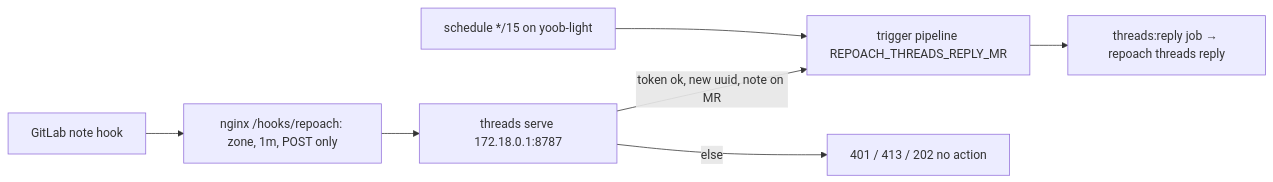
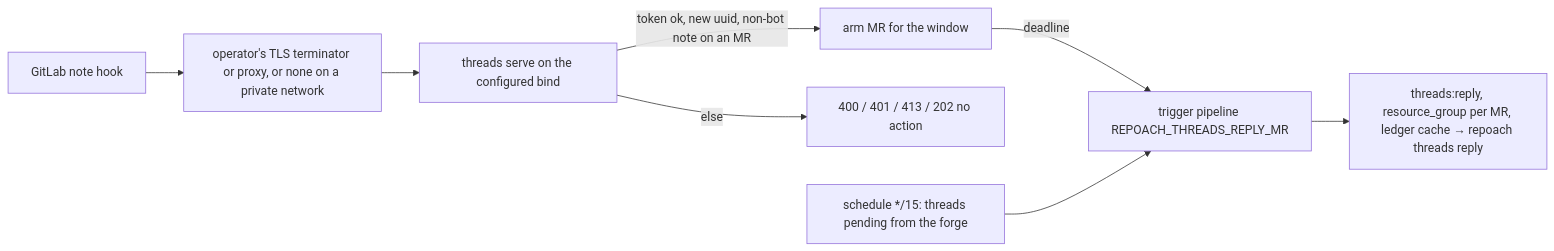
The diagram in docs/specs/2026-11-17_SP-GITLAB-NOTE-RECEIVER_a-gitlab-note-starts-one-thread-reply-pipeline-through-an-authenticated-webhook.md (repoachhq/repoach), drawn with Mermaid before and after one commit. The commit also changed other lines of this file, not shown here.

````diff
--- a/docs/specs/2026-11-17_SP-GITLAB-NOTE-RECEIVER_a-gitlab-note-starts-one-thread-reply-pipeline-through-an-authenticated-webhook.md
+++ b/docs/specs/2026-11-17_SP-GITLAB-NOTE-RECEIVER_a-gitlab-note-starts-one-thread-reply-pipeline-through-an-authenticated-webhook.md
@@ -320,9 +565,10 @@
 ```mermaid
 flowchart LR
-    G[GitLab note hook] --> N[nginx /hooks/repoach: zone, 1m, POST only]
-    N --> S[threads serve 172.18.0.1:8787]
-    S -->|token ok, new uuid, note on MR| T[trigger pipeline REPOACH_THREADS_REPLY_MR]
-    S -->|else| X[401 / 413 / 202 no action]
-    T --> J[threads:reply job → repoach threads reply]
-    C[schedule */15 on yoob-light] --> T
+    G[GitLab note hook] --> N[operator's TLS terminator or proxy, or none on a private network]
+    N --> S[threads serve on the configured bind]
+    S -->|token ok, new uuid, non-bot note on an MR| A[arm MR for the window]
+    A -->|deadline| T[trigger pipeline REPOACH_THREADS_REPLY_MR]
+    S -->|else| X[400 / 401 / 413 / 202 no action]
+    T --> J[threads:reply, resource_group per MR, ledger cache → repoach threads reply]
+    C[schedule */15: threads pending from the forge] --> T
 ```
````
